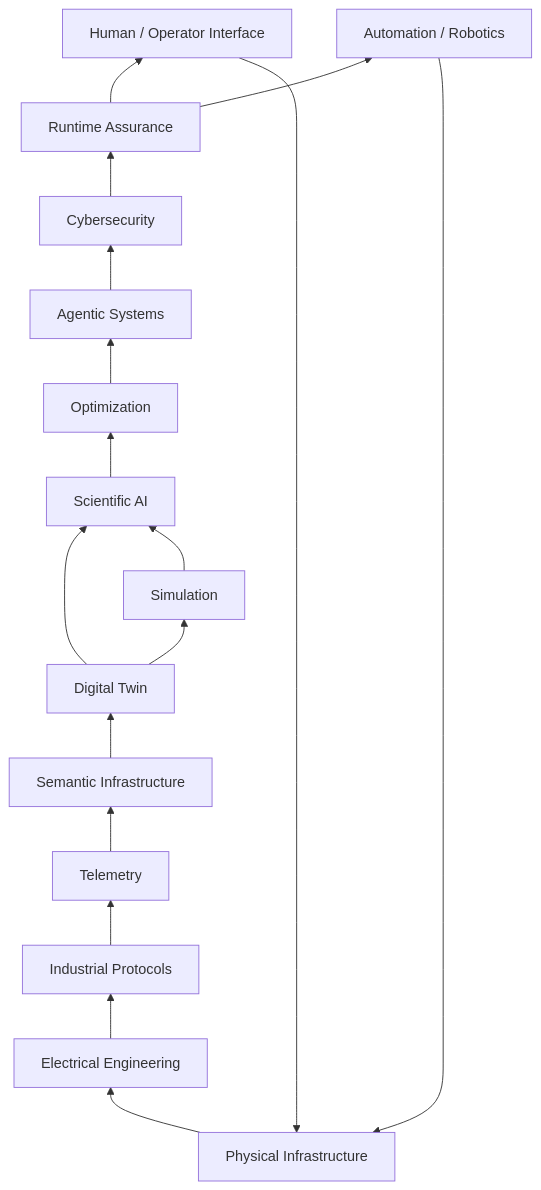
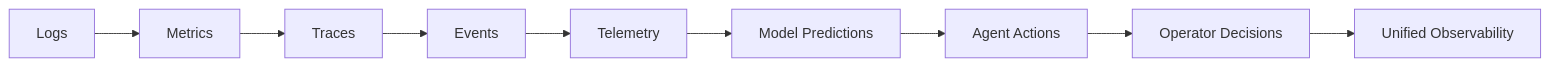
Diagram 18 of 33 in README.md (iceccarelli/iceccarelli), drawn with Mermaid before and after one commit. The commit also changed other lines of this file, not shown here.

````diff
--- a/README.md
+++ b/README.md
@@ -1330,35 +672,4 @@
 ```mermaid
-flowchart BT
-
-    A[Physical Infrastructure]
-    B[Electrical Engineering]
-    C[Industrial Protocols]
-    D[Telemetry]
-    E[Semantic Infrastructure]
-    F[Digital Twin]
-    G[Simulation]
-    H[Scientific AI]
-    I[Optimization]
-    J[Agentic Systems]
-    K[Cybersecurity]
-    L[Runtime Assurance]
-    M[Human / Operator Interface]
-    N[Automation / Robotics]
-
-    A --> B
-    B --> C
-    C --> D
-    D --> E
-    E --> F
-    F --> G
-    F --> H
-    G --> H
-    H --> I
-    I --> J
-    J --> K
-    K --> L
-    L --> M
-    L --> N
-    M --> A
-    N --> A
+flowchart LR
+    LOGS[Logs] --> METRICS[Metrics] --> TRACES[Traces] --> EVENTS[Events] --> TELEMETRY[Telemetry] --> MODELS[Model Predictions] --> AGENTS[Agent Actions] --> OPERATORS[Operator Decisions] --> OBS[Unified Observability]
 ```
````
